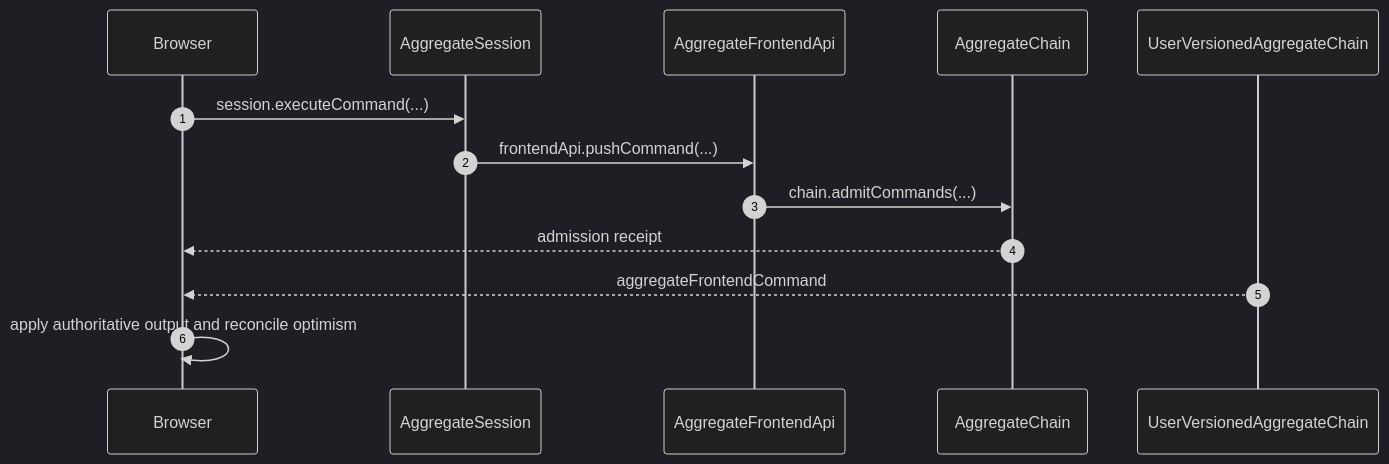
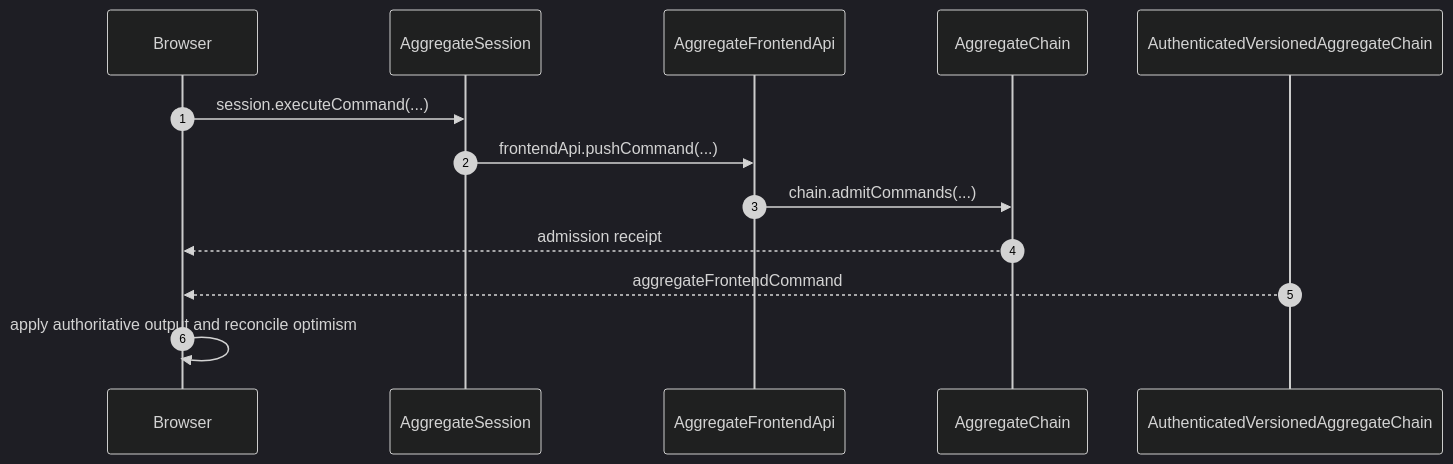
One commit to morgs32/qrk.sh changed the diagram in wiki/architecture/browser/PushSequence.md. Above: the diagram before and after it, drawn with Mermaid (dark theme). The commit also changed other lines of this file and 404 other files, not shown here.

````diff
--- a/wiki/architecture/browser/PushSequence.md
+++ b/wiki/architecture/browser/PushSequence.md
@@ -15,20 +15,20 @@
 ```mermaid
 sequenceDiagram
   participant Browser
   participant AggregateSession
   participant AggregateFrontendApi
   participant AggregateChain
-  participant UserVersionedAggregateChain
+  participant AuthenticatedVersionedAggregateChain
   autonumber 1
   Browser->>AggregateSession: session.executeCommand(...)
   autonumber 2
   AggregateSession->>AggregateFrontendApi: frontendApi.pushCommand(...)
   autonumber 3
   AggregateFrontendApi->>AggregateChain: chain.admitCommands(...)
   autonumber 4
   AggregateChain-->>Browser: admission receipt
   autonumber 5
-  UserVersionedAggregateChain-->>Browser: aggregateFrontendCommand
+  AuthenticatedVersionedAggregateChain-->>Browser: aggregateFrontendCommand
   autonumber 6
   Browser->>Browser: apply authoritative output and reconcile optimism
 ```
````
